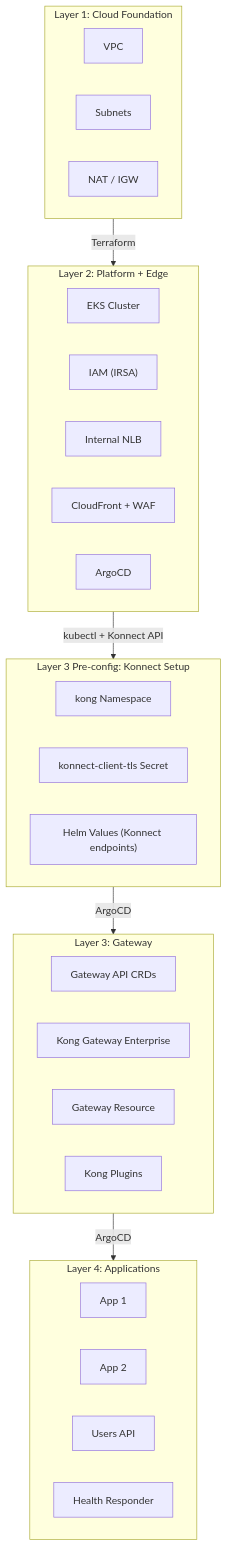
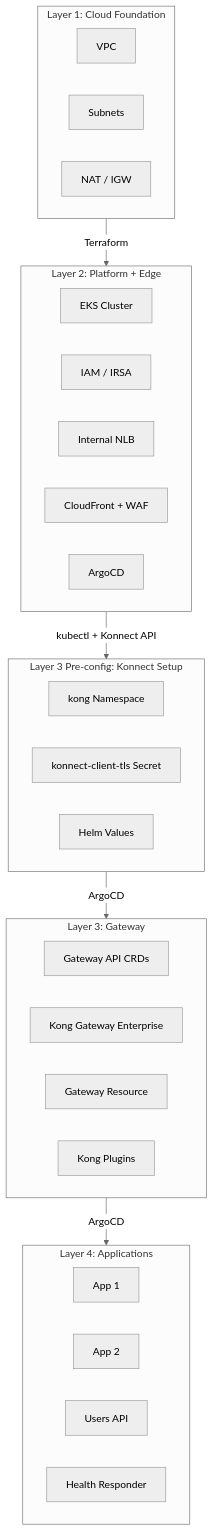
Before and after one commit to shanaka-versent/EKS-Kong-GatewayAPI-Demo: the sixth of 12 diagrams in README.md, drawn with Mermaid. The commit also changed other lines of this file, not shown here.

First line of the commit message:
Update all Mermaid diagrams: grayscale theme, horizontal alignment, clean labels

````diff
--- a/README.md
+++ b/README.md
@@ -324,46 +330,47 @@
 ```mermaid
+%%{init: {'theme': 'neutral'}}%%
 flowchart TB
     subgraph L1["Layer 1: Cloud Foundation"]
         direction LR
         VPC["VPC"]
         Subnets["Subnets"]
         NAT["NAT / IGW"]
     end
 
     subgraph L2["Layer 2: Platform + Edge"]
         direction LR
         EKS["EKS Cluster"]
-        IAM["IAM (IRSA)"]
+        IAM["IAM / IRSA"]
         NLB["Internal NLB"]
         CF["CloudFront + WAF"]
         ArgoCD["ArgoCD"]
     end
 
     subgraph L3Pre["Layer 3 Pre-config: Konnect Setup"]
         direction LR
         NS["kong Namespace"]
         TLS["konnect-client-tls Secret"]
-        HelmVals["Helm Values (Konnect endpoints)"]
+        HelmVals["Helm Values"]
     end
 
     subgraph L3["Layer 3: Gateway"]
         direction LR
         CRDs["Gateway API CRDs"]
         KongGW["Kong Gateway Enterprise"]
         GW["Gateway Resource"]
         KPlugins["Kong Plugins"]
     end
 
     subgraph L4["Layer 4: Applications"]
         direction LR
         App1["App 1"]
         App2["App 2"]
         UsersAPI["Users API"]
         HealthResp["Health Responder"]
     end
 
     L1 -->|"Terraform"| L2
     L2 -->|"kubectl + Konnect API"| L3Pre
     L3Pre -->|"ArgoCD"| L3
     L3 -->|"ArgoCD"| L4
 ```
````
